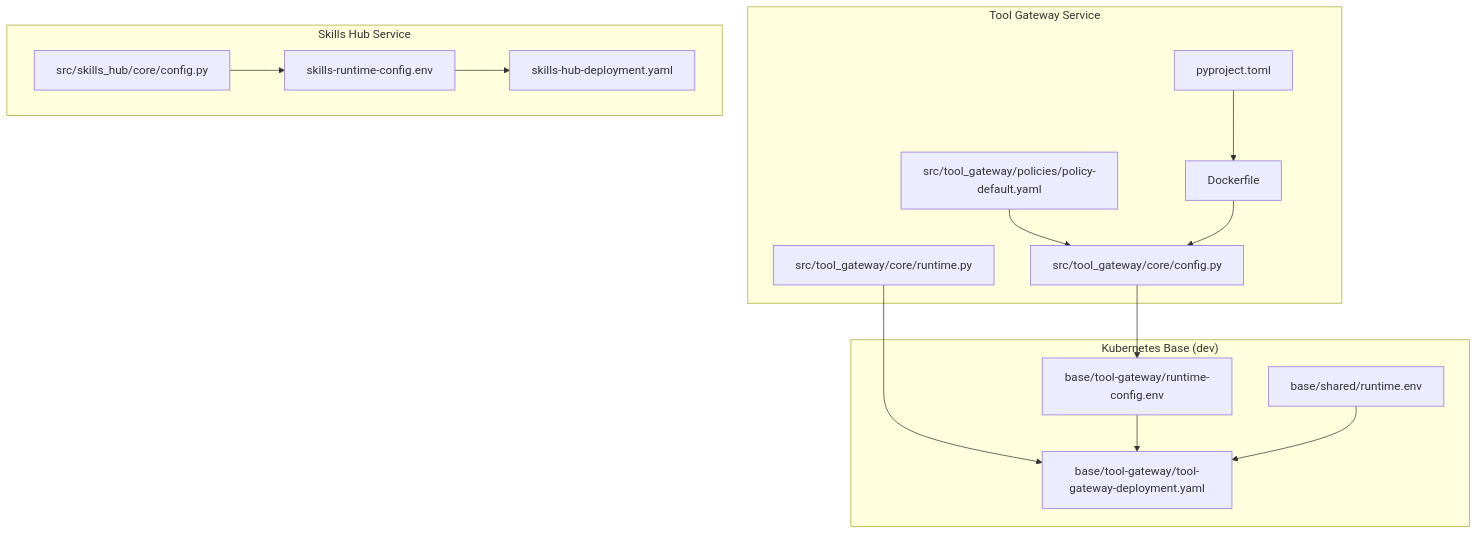
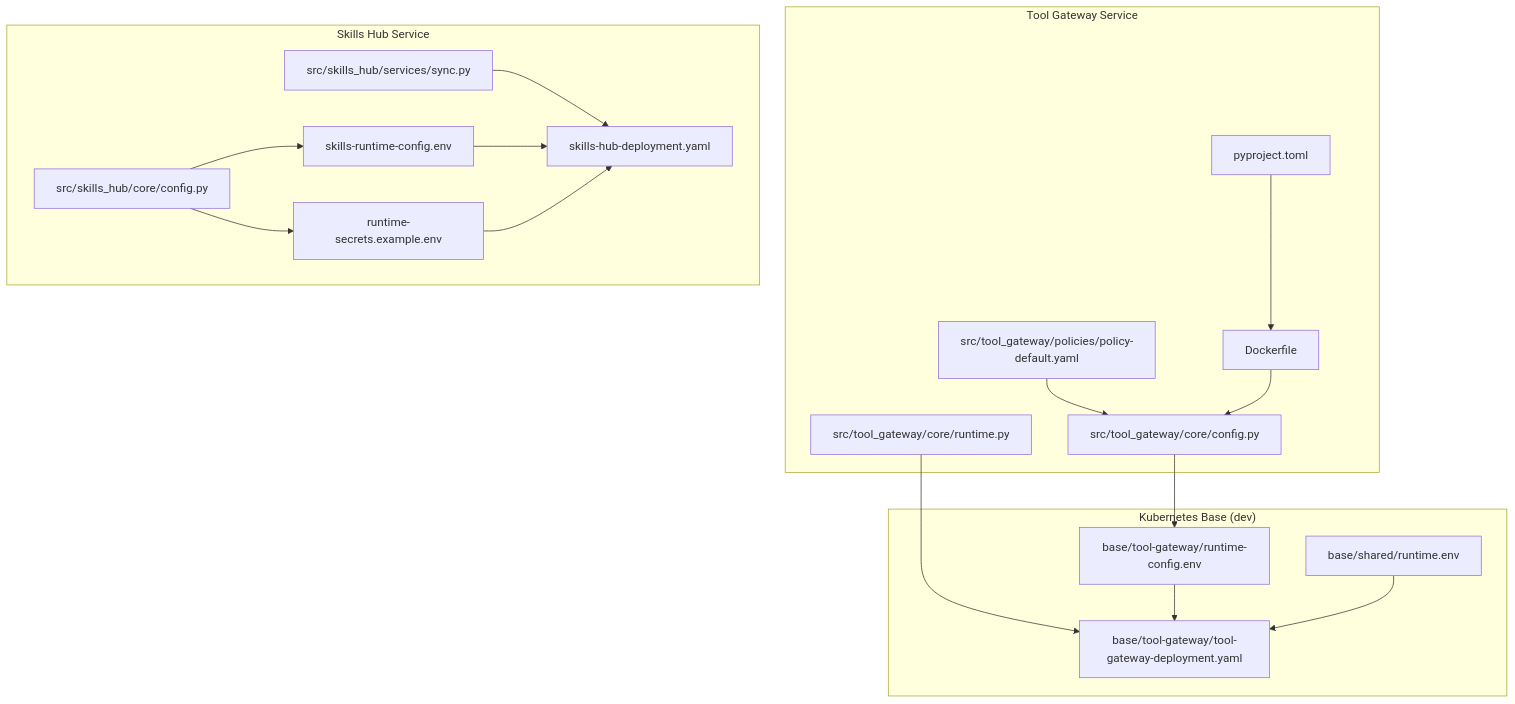
The first of 13 diagrams in .qoder/repowiki/en/content/Tool Gateway Service/Configuration and Environment Setup.md (metasync/luban-aiops), drawn with Mermaid before and after one commit. The commit also changed other lines of this file and 4 other files, not shown here.

````diff
--- a/.qoder/repowiki/en/content/Tool Gateway Service/Configuration and Environment Setup.md
+++ b/.qoder/repowiki/en/content/Tool Gateway Service/Configuration and Environment Setup.md
@@ -46,29 +48,34 @@
 ```mermaid
 graph TB
 subgraph "Tool Gateway Service"
 A["src/tool_gateway/core/config.py"]
 B["src/tool_gateway/core/runtime.py"]
 C["src/tool_gateway/policies/policy-default.yaml"]
 D["Dockerfile"]
 E["pyproject.toml"]
 end
 subgraph "Skills Hub Service"
 F["src/skills_hub/core/config.py"]
-G["skills-runtime-config.env"]
-H["skills-hub-deployment.yaml"]
+G["src/skills_hub/services/sync.py"]
+H["skills-runtime-config.env"]
+I["runtime-secrets.example.env"]
+J["skills-hub-deployment.yaml"]
 end
 subgraph "Kubernetes Base (dev)"
-I["base/tool-gateway/runtime-config.env"]
-J["base/tool-gateway/tool-gateway-deployment.yaml"]
-K["base/shared/runtime.env"]
+K["base/tool-gateway/runtime-config.env"]
+L["base/tool-gateway/tool-gateway-deployment.yaml"]
+M["base/shared/runtime.env"]
 end
-A --> I
-B --> J
-I --> J
-K --> J
+A --> K
+B --> L
+K --> L
+M --> L
 C --> A
 D --> A
 E --> D
-F --> G
-G --> H
+F --> H
+F --> I
+G --> J
+H --> J
+I --> J
 ```
````
